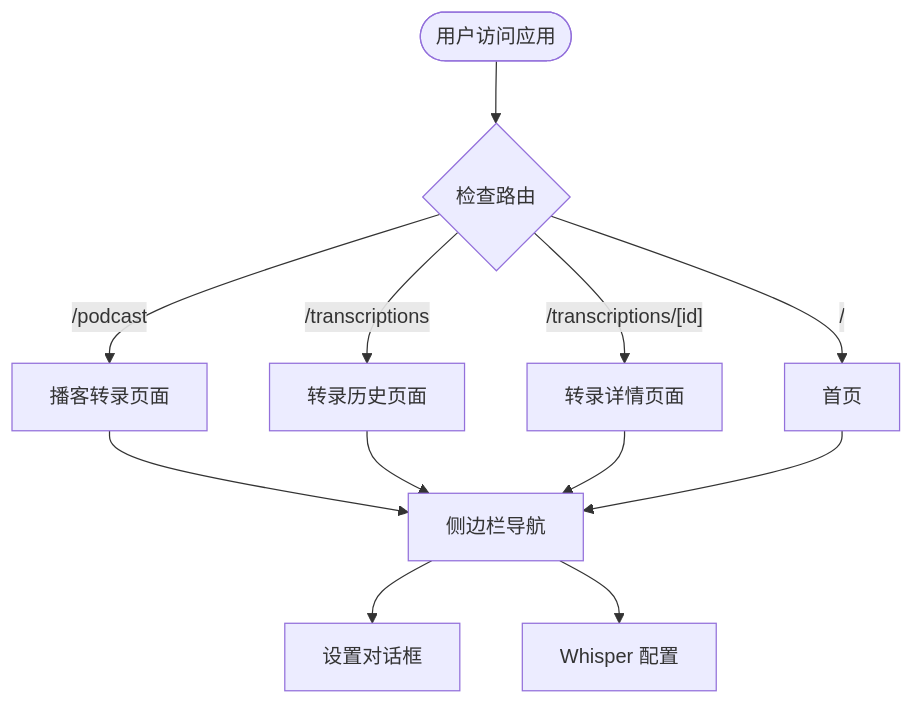
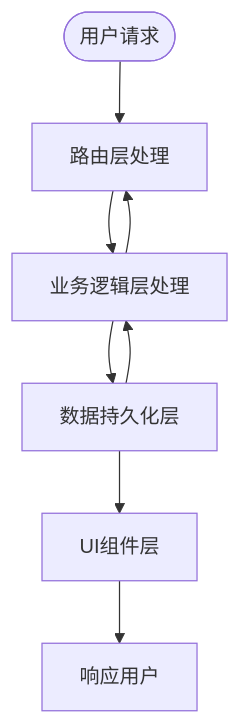
One commit to clawbotai/memo-flow changed the third of 17 diagrams in .qoder/repowiki/zh/content/核心功能模块/播客转录功能.md. Above: the diagram before and after it, drawn with Mermaid. The commit also changed other lines of this file and 14 other files, not shown here.

First line of the commit message:
feat(api): 优化转录进度合并策略和详情视图功能

````diff
--- a/.qoder/repowiki/zh/content/核心功能模块/播客转录功能.md
+++ b/.qoder/repowiki/zh/content/核心功能模块/播客转录功能.md
@@ -199,14 +226,10 @@
 ```mermaid
 flowchart TD
-Start(["用户访问应用"]) --> RouteCheck{"检查路由"}
-RouteCheck --> |"/podcast"| PodcastPage["播客转录页面"]
-RouteCheck --> |"/transcriptions"| HistoryPage["转录历史页面"]
-RouteCheck --> |"/transcriptions/[id]"| DetailPage["转录详情页面"]
-RouteCheck --> |"/"| HomePage["首页"]
-PodcastPage --> Nav["侧边栏导航"]
-HistoryPage --> Nav
-DetailPage --> Nav
-HomePage --> Nav
-Nav --> Settings["设置对话框"]
-Nav --> Whisper["Whisper 配置"]
+Start(["用户请求"]) --> Route["路由层处理"]
+Route --> Business["业务逻辑层处理"]
+Business --> Data["数据持久化层"]
+Data --> UI["UI组件层"]
+UI --> Response["响应用户"]
+Business --> Route
+Data --> Business
 ```
````
